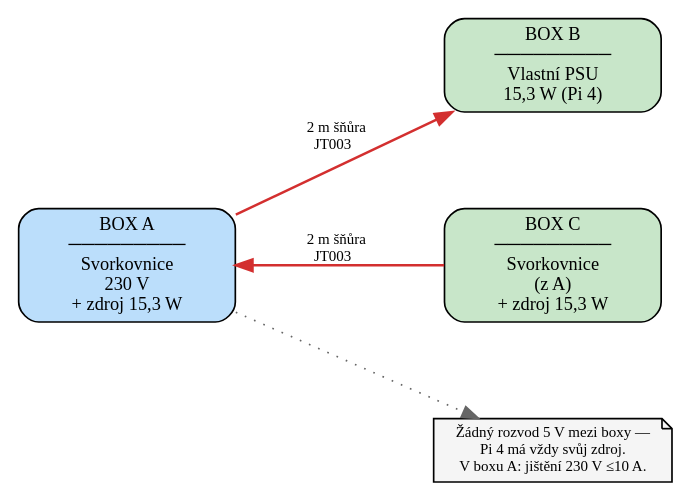
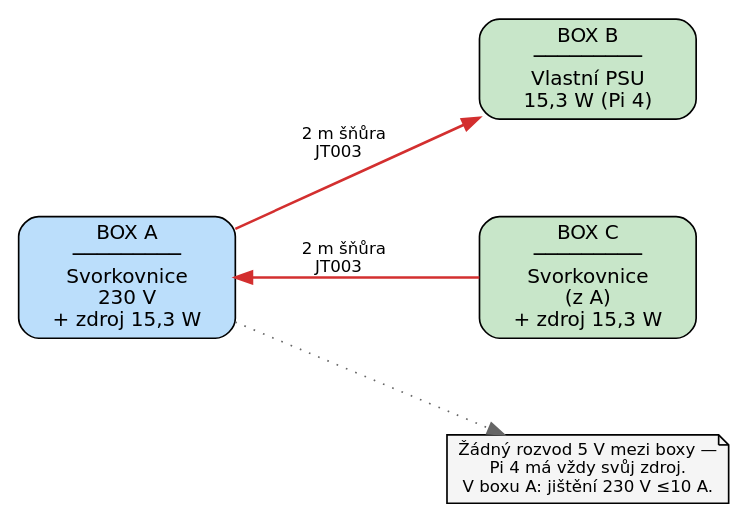
The diagram in docs/dot/sch_09_power_dist.dot (K0F/1938_ABC), drawn with Graphviz before and after one commit. The commit also changed 20 other files, not shown here.

First line of the commit message:
docs: fix PDF rendering, readable diagram fonts, own PSU per box

```diff
--- a/docs/dot/sch_09_power_dist.dot
+++ b/docs/dot/sch_09_power_dist.dot
@@ -1,19 +1,19 @@
 // SCH §6 — Napájení — jeden jednotný rozvod
 digraph G {
-    graph [fontname="Terminus" rankdir=LR bgcolor="white" nodesep=0.8 ranksep=1.0];
-node [fontname="Terminus" fontsize=11 style="filled"];
-edge [fontname="Terminus" fontsize=9];
+    graph [fontname="DejaVu Sans" rankdir=LR bgcolor="white" nodesep=0.8 ranksep=1.0];
+node [fontname="DejaVu Sans" fontsize=12 style="filled"];
+edge [fontname="DejaVu Sans" fontsize=10];
 
 // Boxes
 boxA [label="BOX A\n─────────\nSvorkovnice\n230 V\n+ zdroj 15,3 W" shape=box style="filled,rounded" fillcolor="#bbdefb" width=1.8];
 boxB [label="BOX B\n─────────\nVlastní PSU\n15,3 W (Pi 4)" shape=box style="filled,rounded" fillcolor="#c8e6c9" width=1.8];
 boxC [label="BOX C\n─────────\nSvorkovnice\n(z A)\n+ zdroj 15,3 W" shape=box style="filled,rounded" fillcolor="#c8e6c9" width=1.8];
 
 // Cables
 boxA -> boxB [label="  2 m šňůra\n  JT003  " color="#d32f2f" penwidth=1.5];
 boxA -> boxC [label="  2 m šňůra\n  JT003  " color="#d32f2f" penwidth=1.5 dir=back];
 
 // Notes
-note [label="Žádný rozvod 5 V mezi boxy —\nPi 4 má vždy svůj zdroj.\nV boxu A: jištění 230 V ≤10 A." shape=note fillcolor="#f5f5f5" fontsize=9];
+note [label="Žádný rozvod 5 V mezi boxy —\nPi 4 má vždy svůj zdroj.\nV boxu A: jištění 230 V ≤10 A." shape=note fillcolor="#f5f5f5" fontsize=10];
 boxA -> note [style=dotted color="#666666"];
 }
```
